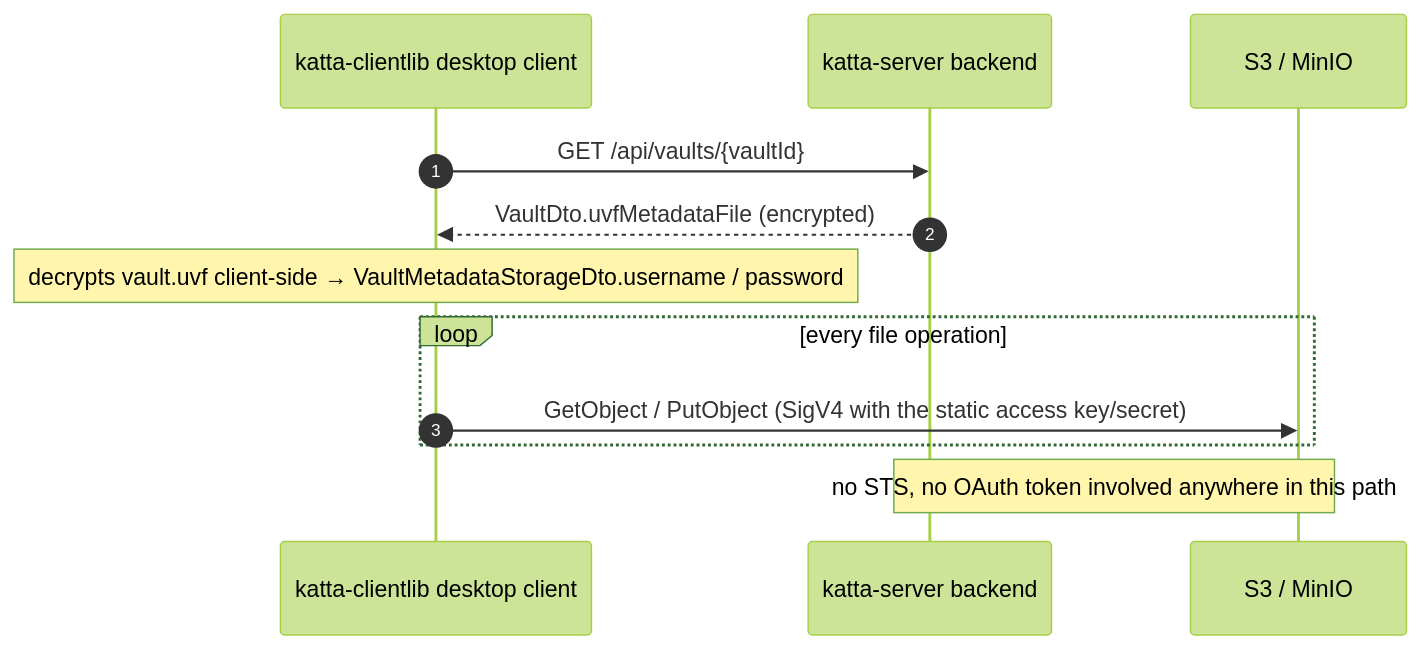
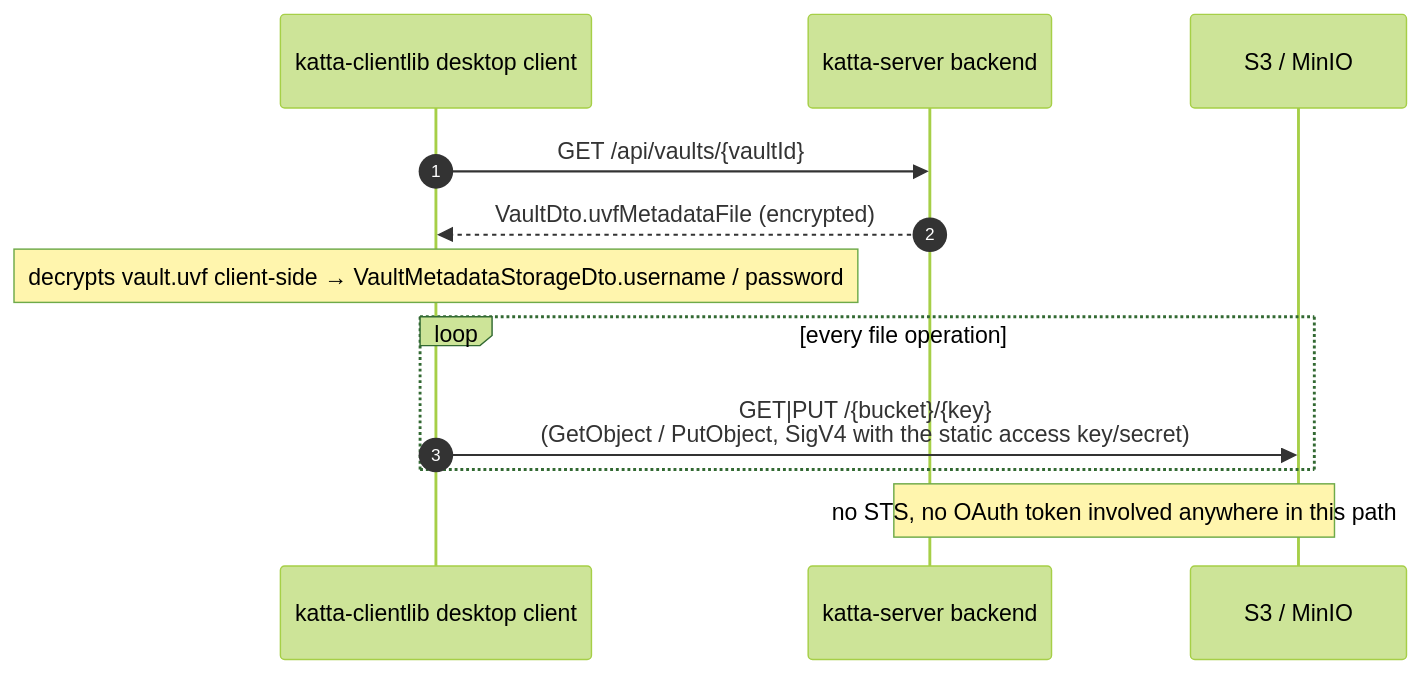
The sixth of 6 diagrams in docs/s3_interactions.md (shift7-ch/katta-clientlib), drawn with Mermaid (forest theme) before and after one commit. The commit also changed other lines of this file, not shown here.

First line of the commit message:
Add HTTP verb + REST endpoint labels to s3_interactions.md diagrams

````diff
--- a/docs/s3_interactions.md
+++ b/docs/s3_interactions.md
@@ -190,14 +190,14 @@
 ```mermaid
 sequenceDiagram
     autonumber
     participant Desktop as katta-clientlib desktop client
     participant HubBackend as katta-server backend
     participant S3 as S3 / MinIO
     Desktop ->> HubBackend: GET /api/vaults/{vaultId}
     HubBackend -->> Desktop: VaultDto.uvfMetadataFile (encrypted)
     Note over Desktop: decrypts vault.uvf client-side → VaultMetadataStorageDto.username / password
     loop every file operation
-        Desktop ->> S3: GetObject / PutObject (SigV4 with the static access key/secret)
+        Desktop ->> S3: GET|PUT /{bucket}/{key}<br/>(GetObject / PutObject, SigV4 with the static access key/secret)
     end
     Note over HubBackend, S3: no STS, no OAuth token involved anywhere in this path
 ```
````
